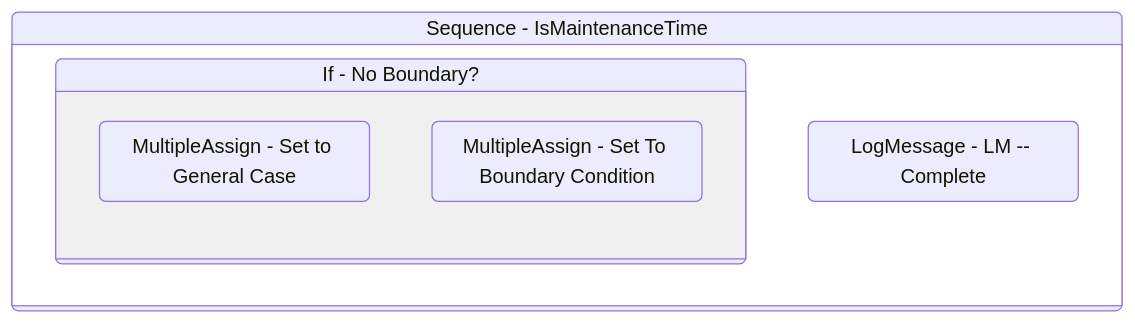
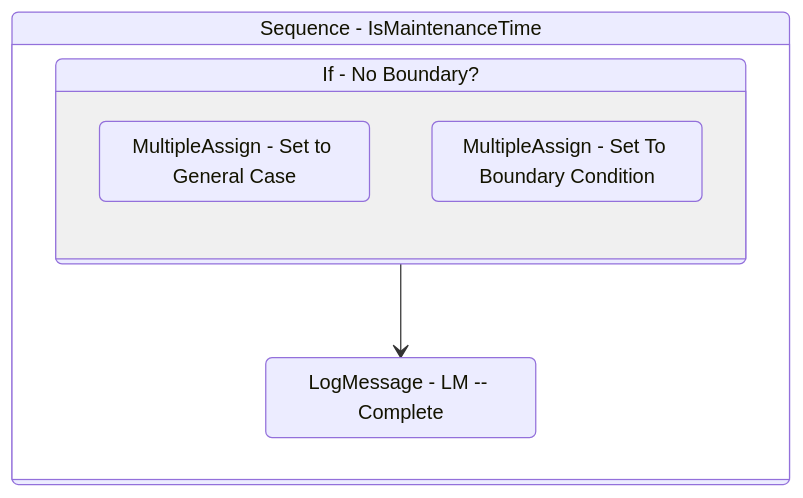
One commit to yashbrahmbhatt/LazyFramework changed the diagram in Documentation/.templates/Performers/Basic/Framework/IsMaintenanceTime.md. Above: the diagram before and after it, drawn with Mermaid. The commit also changed 78 other files, not shown here.

Commit message:
added handling of ifs in autodocs mermaid

````diff
--- a/Documentation/.templates/Performers/Basic/Framework/IsMaintenanceTime.md
+++ b/Documentation/.templates/Performers/Basic/Framework/IsMaintenanceTime.md
@@ -104,17 +104,18 @@
 ```mermaid
 stateDiagram-v2
 
 
 Sequence_1: Sequence - IsMaintenanceTime
 state Sequence_1 {
 direction TB
 
 If_1: If - No Boundary?
 state If_1 {
 direction TB
 MultipleAssign_1 : MultipleAssign - Set to General Case
 MultipleAssign_2 : MultipleAssign - Set To Boundary Condition
 }
 LogMessage_1 : LogMessage - LM -- Complete
+If_1 --> LogMessage_1
 }
 ```
````
